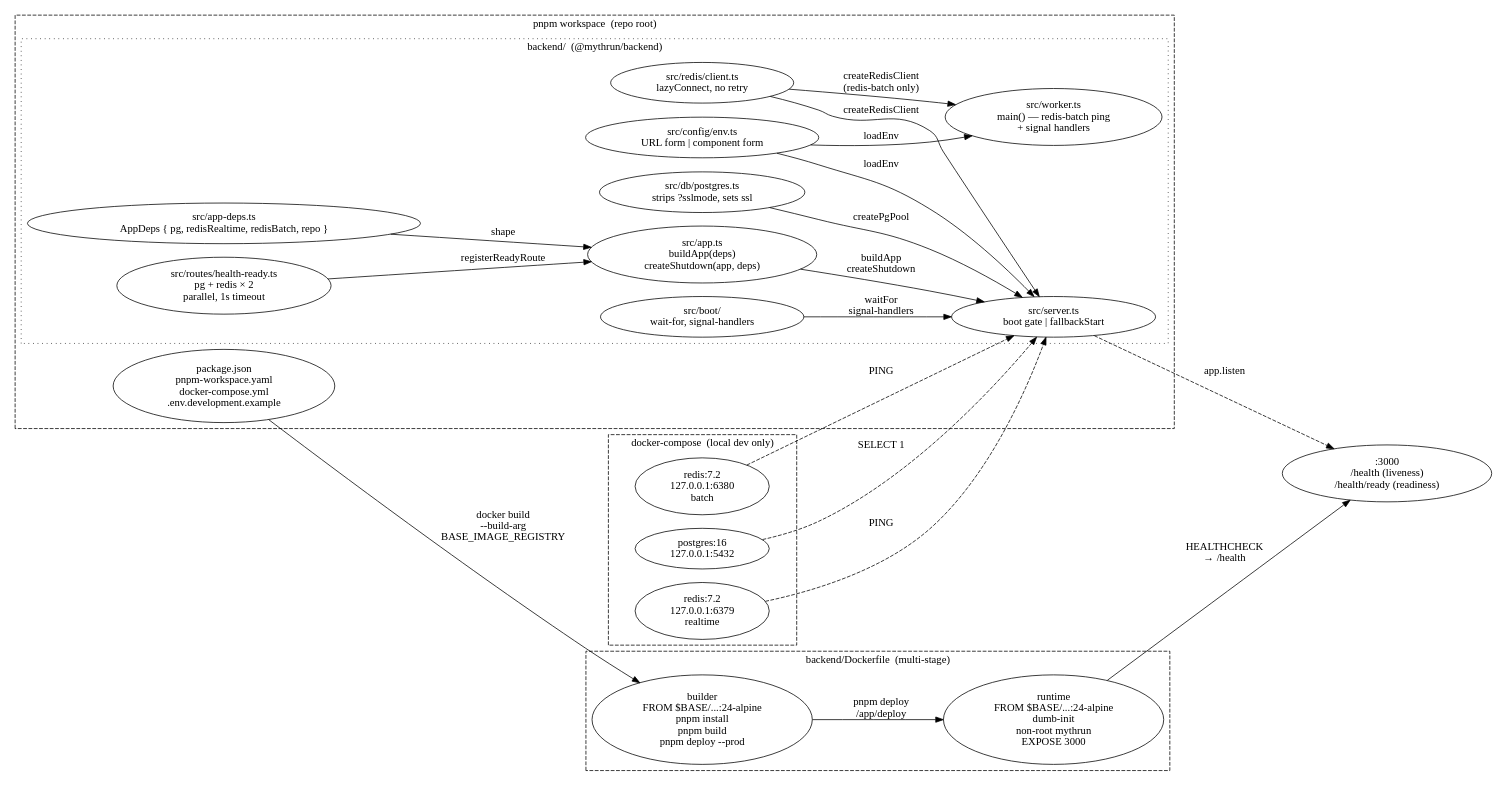
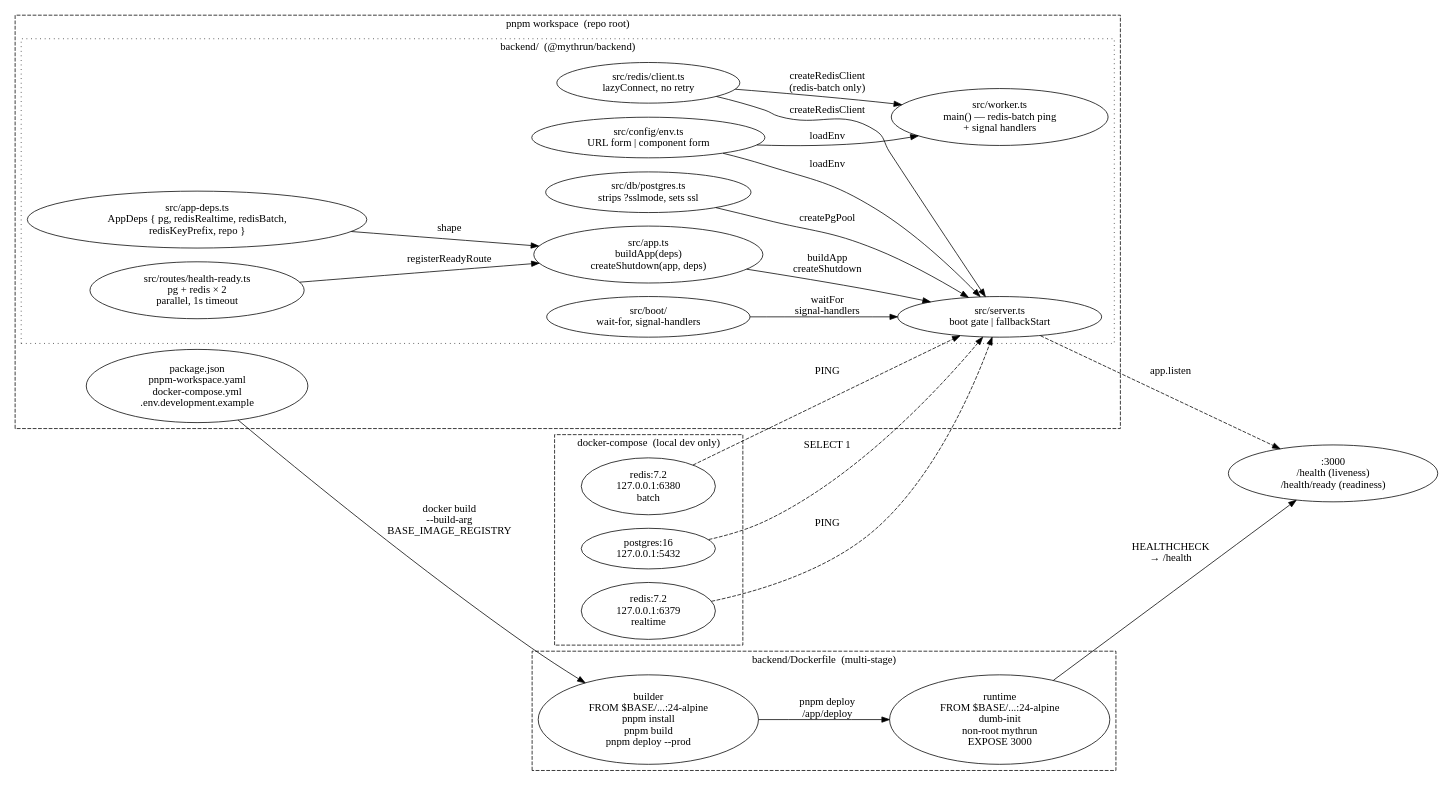
The diagram in docs/wiki/diagrams/runtime/backend.dot (mythrun/mythrun), drawn with Graphviz before and after one commit. The commit also changed 24 other files, not shown here.

```diff
--- a/docs/wiki/diagrams/runtime/backend.dot
+++ b/docs/wiki/diagrams/runtime/backend.dot
@@ -1,77 +1,77 @@
 digraph backend {
   // The backend package: pnpm monorepo workspace that runs locally against a
   // docker-compose data stack and ships as a multi-stage image. Top-left: the
   // source tree + dev loop (local compose services feed the boot gate).
   // Bottom-right: the two-stage image build. Everything converges on :3000.
   rankdir=LR;
   compound=true;
 
   subgraph cluster_repo {
     label="pnpm workspace  (repo root)";
     style="dashed";
     color="ember";
     fontcolor="ember";
 
     root    [label="package.json\npnpm-workspace.yaml\ndocker-compose.yml\n.env.development.example"];
 
     subgraph cluster_backend {
       label="backend/  (@mythrun/backend)";
       style="dotted";
 
-      appdeps [label="src/app-deps.ts\nAppDeps { pg, redisRealtime, redisBatch, repo }"];
+      appdeps [label="src/app-deps.ts\nAppDeps { pg, redisRealtime, redisBatch,\nredisKeyPrefix, repo }"];
       app     [label="src/app.ts\nbuildApp(deps)\ncreateShutdown(app, deps)"];
       server  [label="src/server.ts\nboot gate | fallbackStart"];
       worker  [label="src/worker.ts\nmain() — redis-batch ping\n+ signal handlers"];
       env     [label="src/config/env.ts\nURL form | component form"];
       boot    [label="src/boot/\nwait-for, signal-handlers"];
       db      [label="src/db/postgres.ts\nstrips ?sslmode, sets ssl"];
       redis   [label="src/redis/client.ts\nlazyConnect, no retry"];
       ready   [label="src/routes/health-ready.ts\npg + redis × 2\nparallel, 1s timeout"];
     }
   }
 
   subgraph cluster_compose {
     label="docker-compose  (local dev only)";
     style="dashed";
     color="ember";
     fontcolor="ember";
 
     pg_local    [label="postgres:16\n127.0.0.1:5432"];
     rtr_local   [label="redis:7.2\n127.0.0.1:6379\nrealtime"];
     rtb_local   [label="redis:7.2\n127.0.0.1:6380\nbatch"];
   }
 
   subgraph cluster_image {
     label="backend/Dockerfile  (multi-stage)";
     style="dashed";
     color="ember";
     fontcolor="ember";
 
     builder [label="builder\nFROM $BASE/...:24-alpine\npnpm install\npnpm build\npnpm deploy --prod"];
     runtime [label="runtime\nFROM $BASE/...:24-alpine\ndumb-init\nnon-root mythrun\nEXPOSE 3000", color="ember", fontcolor="ember"];
   }
 
   port [label=":3000\n/health (liveness)\n/health/ready (readiness)", color="ember", fontcolor="ember"];
 
   // Wiring within backend/
   appdeps -> app      [label="shape"];
   ready   -> app      [label="registerReadyRoute"];
   env     -> server   [label="loadEnv"];
   db      -> server   [label="createPgPool"];
   redis   -> server   [label="createRedisClient"];
   boot    -> server   [label="waitFor\nsignal-handlers"];
   app     -> server   [label="buildApp\ncreateShutdown"];
   env     -> worker   [label="loadEnv"];
   redis   -> worker   [label="createRedisClient\n(redis-batch only)"];
 
   // Dev loop
   pg_local  -> server [label="SELECT 1", style=dashed];
   rtr_local -> server [label="PING", style=dashed];
   rtb_local -> server [label="PING", style=dashed];
 
   // Image build
   root    -> builder  [label="docker build\n--build-arg\nBASE_IMAGE_REGISTRY"];
   builder -> runtime  [label="pnpm deploy\n/app/deploy"];
   runtime -> port     [label="HEALTHCHECK\n→ /health"];
   server  -> port     [label="app.listen", style=dashed];
 }
```
